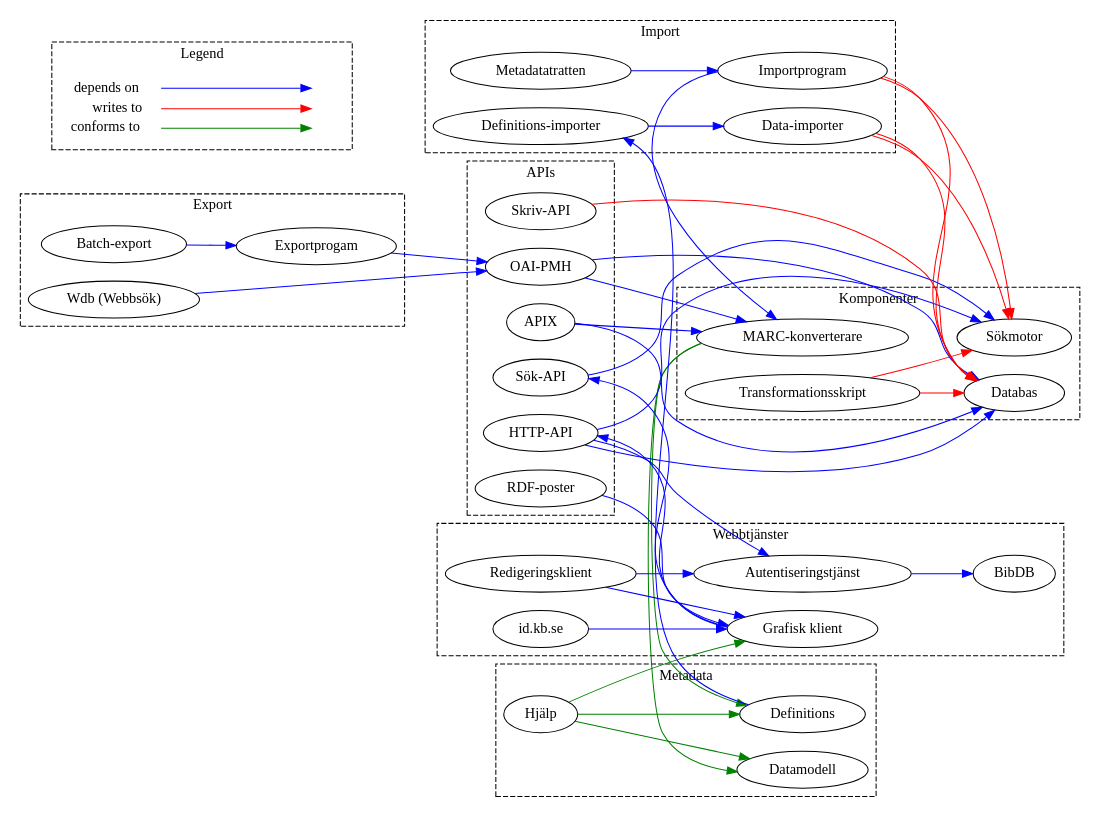
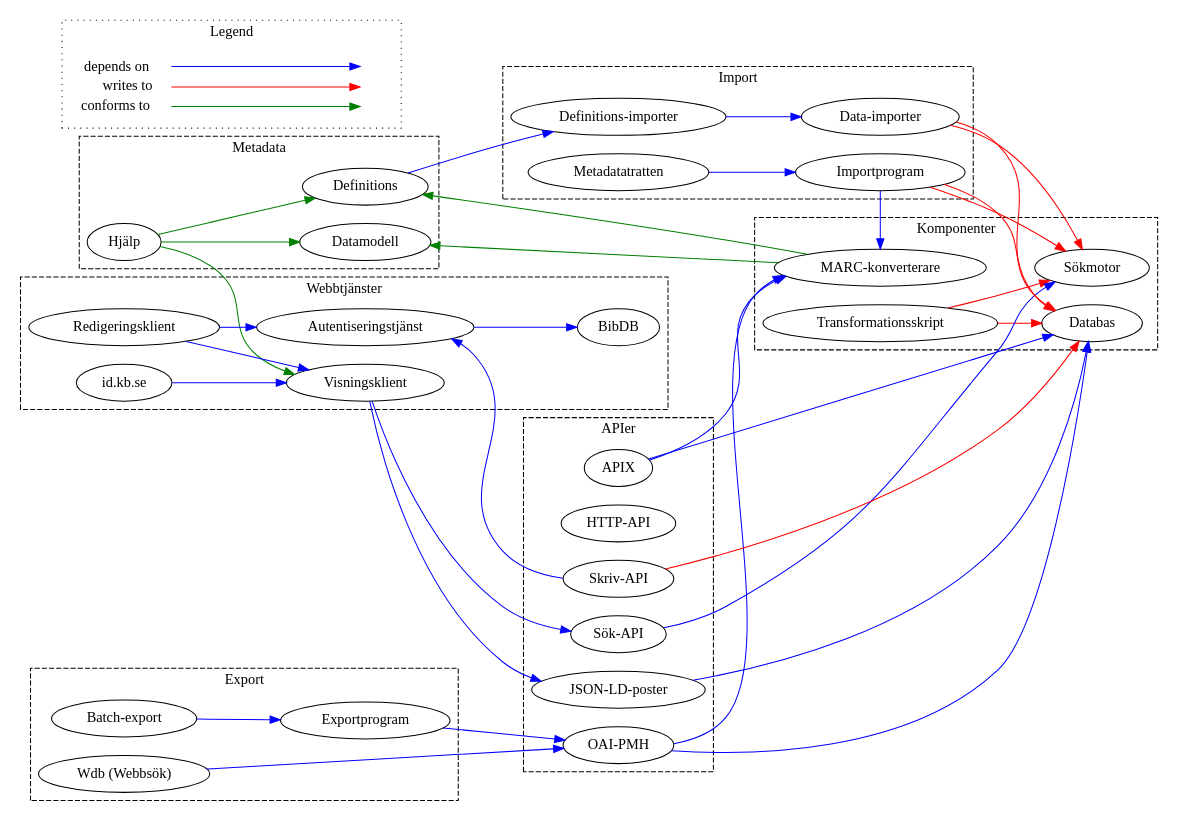
Before and after one commit to libris/librisxl: the diagram in system_overview.dot, drawn with Graphviz.

Commit message:
Edit labels and dots in system overview

```diff
--- a/system_overview.dot
+++ b/system_overview.dot
@@ -1,153 +1,149 @@
 // Build with:
 //dot -Tpng -o overview.png system_overview.dot
 
 digraph system_overview {
     rankdir="LR";
     edge[color="blue"];
 
     subgraph cluster_components {
         graph[style=dashed];
         label="Komponenter";
 
         lddb [label="Databas"];
         search [label="Sökmotor"];
         marc_converter [label="MARC-konverterare"];
         transform [label="Transformationsskript"];
     }
     marc_converter -> {
         defs
         model
     } [color="green"];
     transform -> {
         lddb
         search
     } [color="red"];
 
     subgraph cluster_metadata {
         graph[style=dashed];
         label="Metadata";
 
         defs [label="Definitions"];
         model [label="Datamodell"];
         help [label="Hjälp"];
     }
     defs -> { defs_importer };
     help -> {
         viewer
         model
         defs
     } [color="green"];
 
     subgraph cluster_apis {
         graph[style=dashed];
-        label="APIs";
+        label="APIer";
 
         apix [label="APIX"];
         http_api [label="HTTP-API"]; // subgraph?
         oaipmh [label="OAI-PMH"];
         search_api [label="Sök-API"];
         write_api [label="Skriv-API"];
-        record [label="RDF-poster"];
+        record [label="JSON-LD-poster"];
     }
     apix -> {
         lddb
         marc_converter
     };
-    http_api -> {
-        auth
-        lddb
-        search
-    };
+    write_api -> { auth };
+    write_api -> { lddb }[color="red"];
     oaipmh -> {
         lddb
         marc_converter
     } ;
     search_api -> { search };
-    write_api -> { lddb }[color="red"];
-    record -> { viewer };
+    record -> { lddb };
 
     subgraph cluster_importers {
         graph[style=dashed];
         label="Import";
 
         import_program [label="Importprogram"];
         metadata_funnel [label="Metadatatratten"];
         data_importer [label="Data-importer"];
         defs_importer [label="Definitions-importer"];
     }
     import_program -> {
         marc_converter
     };
     import_program -> {
         search
     }[color="red"];
 
     import_program -> {
         lddb
     } [color="red"];
     data_importer -> {
         lddb
         search
     } [color="red"];
     defs_importer -> {
         data_importer
     };
     metadata_funnel -> { import_program };
 
     subgraph cluster_exporters {
         graph[style=dashed];
         label="Export";
 
         batch [label="Batch-export"];
-        export_program [label="Exportprogam"];
-	wdb [label="Wdb (Webbsök)"];
+        export_program [label="Exportprogram"];
+        wdb [label="Wdb (Webbsök)"];
     }
     batch -> { export_program };
     export_program -> {
         oaipmh
     };
     wdb -> { oaipmh };
 
     subgraph cluster_webservices {
         graph[style=dashed];
         label="Webbtjänster";
 
-        viewer [label="Grafisk klient"];
+        viewer [label="Visningsklient"];
         editor [label="Redigeringsklient"];
         id [label="id.kb.se"];
         auth [label="Autentiseringstjänst"];
         bibdb [label="BibDB"];
     }
     viewer -> {
         search_api
-        http_api
+        record
     };
     editor -> {
         auth
         viewer
     };
     id -> { viewer };
     auth -> { bibdb };
 
     /**
      * LEGEND
      */
     subgraph cluster_legend { 
-        style="dashed";
+        style="dotted";
         node [shape=plaintext]
         label = "Legend";
         key [label=<<table border="0" cellpadding="2" cellspacing="0" cellborder="0">
             <tr><td align="right" port="i1">depends on</td></tr>
             <tr><td align="right" port="i2">writes to</td></tr>
             <tr><td align="right" port="i3">conforms to</td></tr>
             </table>>]
             key2 [label=<<table border="0" cellpadding="2" cellspacing="0" cellborder="0">
             <tr><td port="i1">&nbsp;</td></tr>
             <tr><td port="i2">&nbsp;</td></tr>
             <tr><td port="i3">&nbsp;</td></tr>
             </table>>]
         key:i1:e -> key2:i1:w [clor=blue]
         key:i2:e -> key2:i2:w [color=red]
         key:i3:e -> key2:i3:w [color=green]
     }
 }
```
